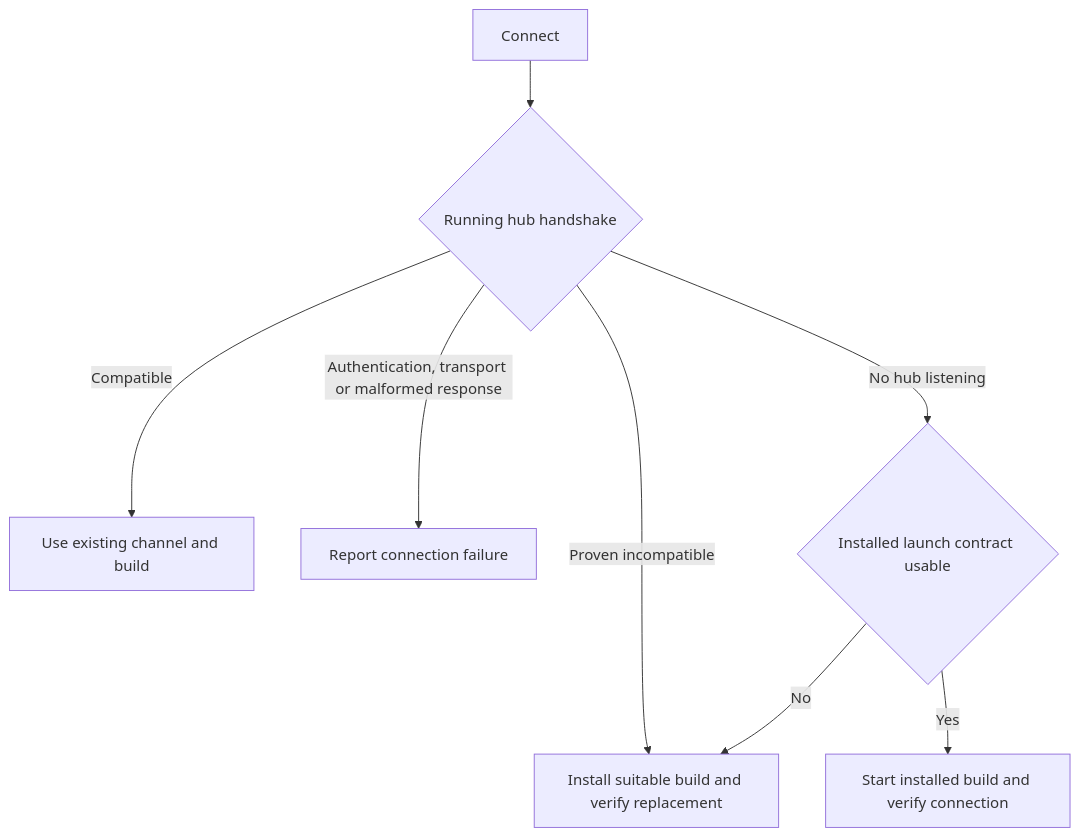
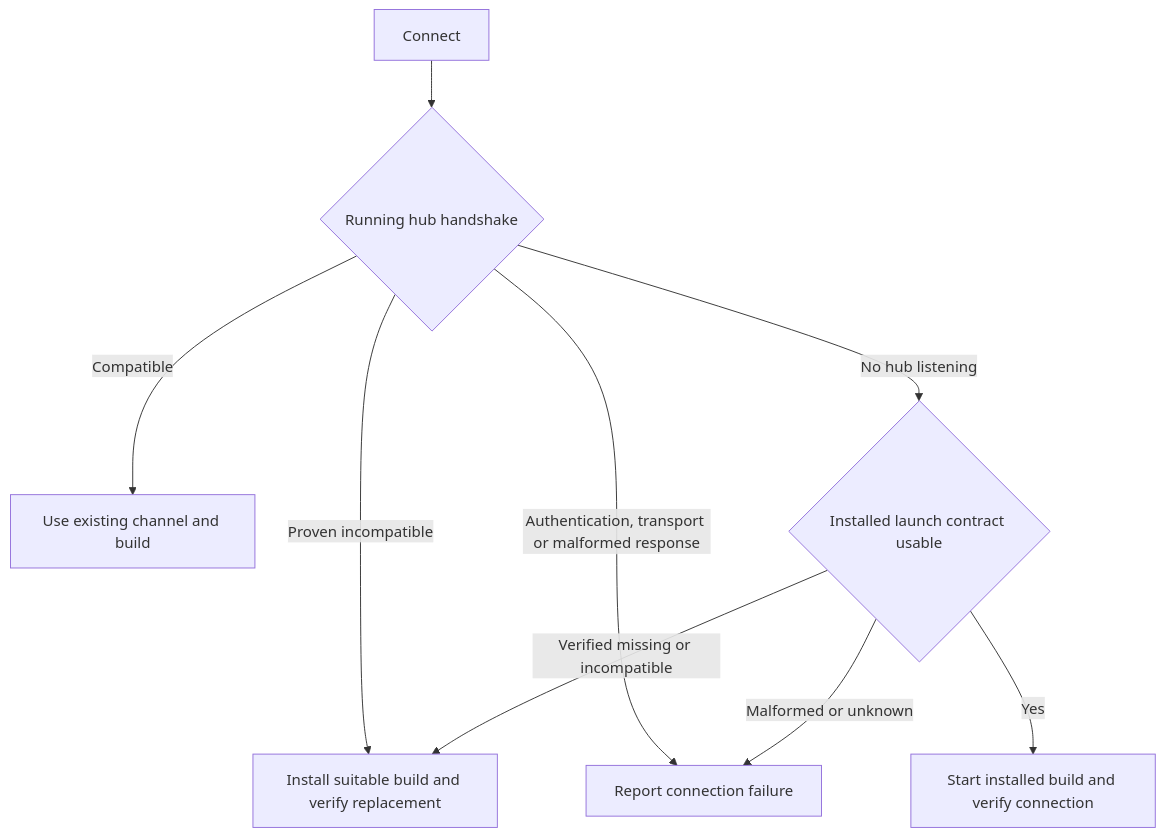
Before and after one commit to prime-radiant-inc/evener: the diagram in docs/evener-hub.md, drawn with Mermaid. The commit also changed other lines of this file and 13 other files, not shown here.

````diff
--- a/docs/evener-hub.md
+++ b/docs/evener-hub.md
@@ -339,10 +339,11 @@
 ```mermaid
 flowchart TD
     A[Connect] --> B{Running hub handshake}
     B -->|Compatible| C[Use existing channel and build]
     B -->|Proven incompatible| D[Install suitable build and verify replacement]
     B -->|Authentication, transport or malformed response| E[Report connection failure]
     B -->|No hub listening| F{Installed launch contract usable}
     F -->|Yes| G[Start installed build and verify connection]
-    F -->|No| D
+    F -->|Verified missing or incompatible| D
+    F -->|Malformed or unknown| E
 ```
````
